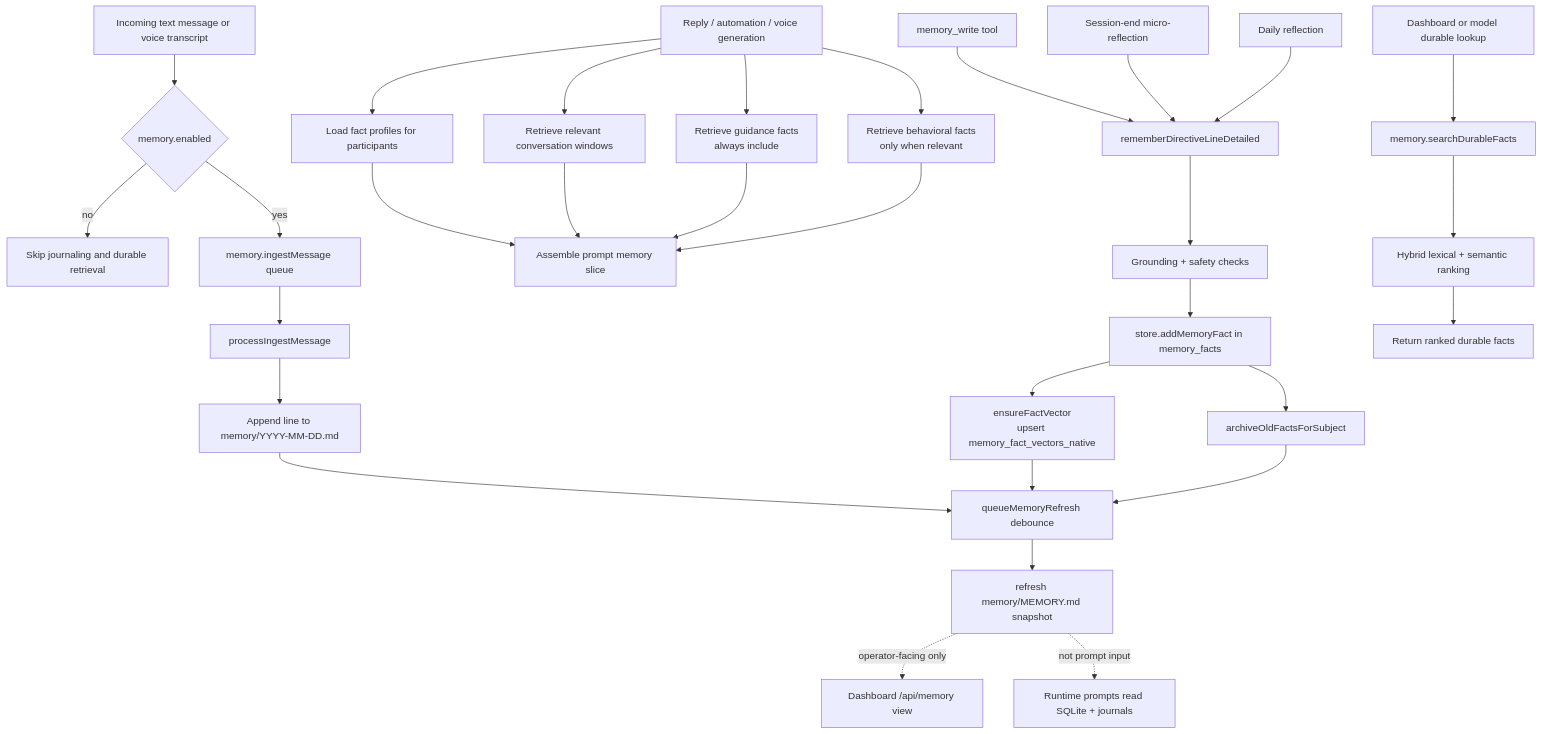
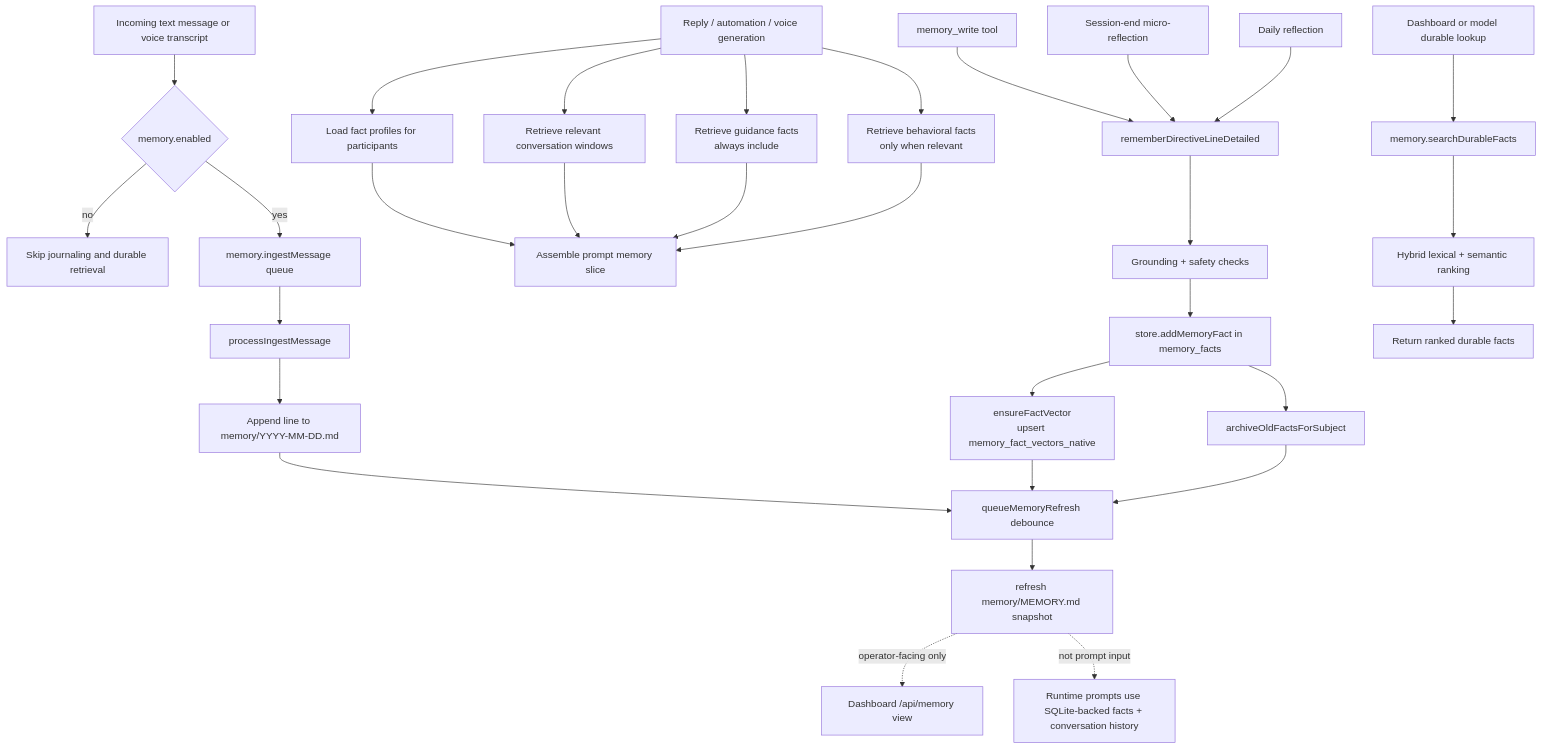
One commit to Volpestyle/clanker_conk changed the diagram in docs/diagrams/memory-system-flow.mmd. Above: the diagram before and after it, drawn with Mermaid. The commit also changed 76 other files, not shown here.

```diff
--- a/docs/diagrams/memory-system-flow.mmd
+++ b/docs/diagrams/memory-system-flow.mmd
@@ -1,34 +1,34 @@
 flowchart TD
     A[Incoming text message or voice transcript] --> B{memory.enabled}
     B -- no --> N0[Skip journaling and durable retrieval]
     B -- yes --> C[memory.ingestMessage queue]
     C --> D[processIngestMessage]
     D --> E[Append line to memory/YYYY-MM-DD.md]
     E --> F[queueMemoryRefresh debounce]
     F --> G[refresh memory/MEMORY.md snapshot]
 
     H[Reply / automation / voice generation] --> I[Load fact profiles for participants]
     H --> J[Retrieve relevant conversation windows]
     H --> K[Retrieve guidance facts<br/>always include]
     H --> L[Retrieve behavioral facts<br/>only when relevant]
     I --> M[Assemble prompt memory slice]
     J --> M
     K --> M
     L --> M
 
     N[memory_write tool] --> O[rememberDirectiveLineDetailed]
     P[Session-end micro-reflection] --> O
     Q[Daily reflection] --> O
     O --> R[Grounding + safety checks]
     R --> S[store.addMemoryFact in memory_facts]
     S --> T[ensureFactVector<br/>upsert memory_fact_vectors_native]
     S --> U[archiveOldFactsForSubject]
     T --> F
     U --> F
 
     V[Dashboard or model durable lookup] --> W[memory.searchDurableFacts]
     W --> X[Hybrid lexical + semantic ranking]
     X --> Y[Return ranked durable facts]
 
     G -. operator-facing only .-> Z[Dashboard /api/memory view]
-    G -. not prompt input .-> AA[Runtime prompts read SQLite + journals]
+    G -. not prompt input .-> AA[Runtime prompts use SQLite-backed facts + conversation history]
```
